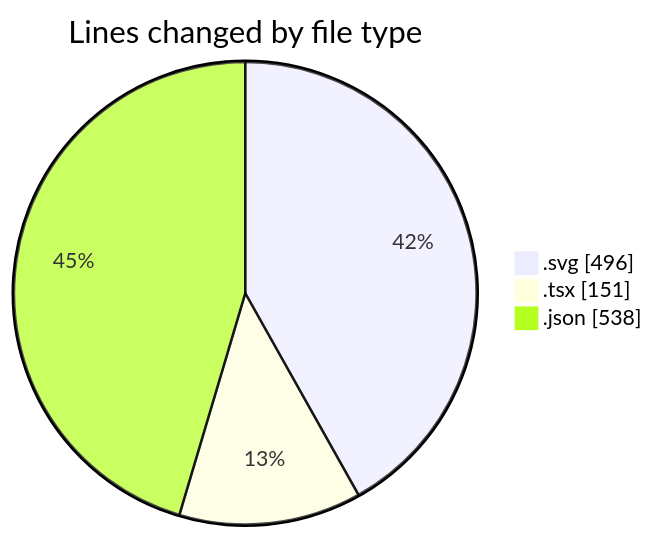
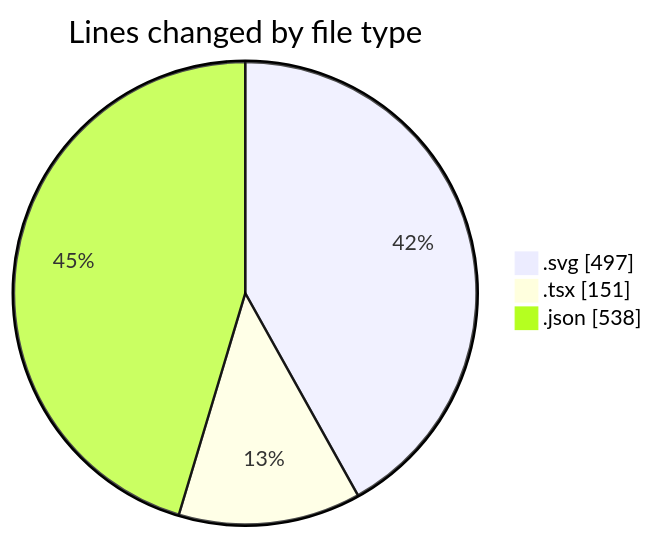
Before and after one commit to EIIisD/code-tracking: the first of 2 diagrams in 2025-08-06/tw-server/README.md, drawn with Mermaid. The commit also changed other lines of this file and 1 other file, not shown here.

````diff
--- a/2025-08-06/tw-server/README.md
+++ b/2025-08-06/tw-server/README.md
@@ -30,7 +30,7 @@
 ```mermaid
 pie showData
 title Lines changed by file type
-".svg" : 496
+".svg" : 497
 ".tsx" : 151
 ".json" : 538
 ```
````
